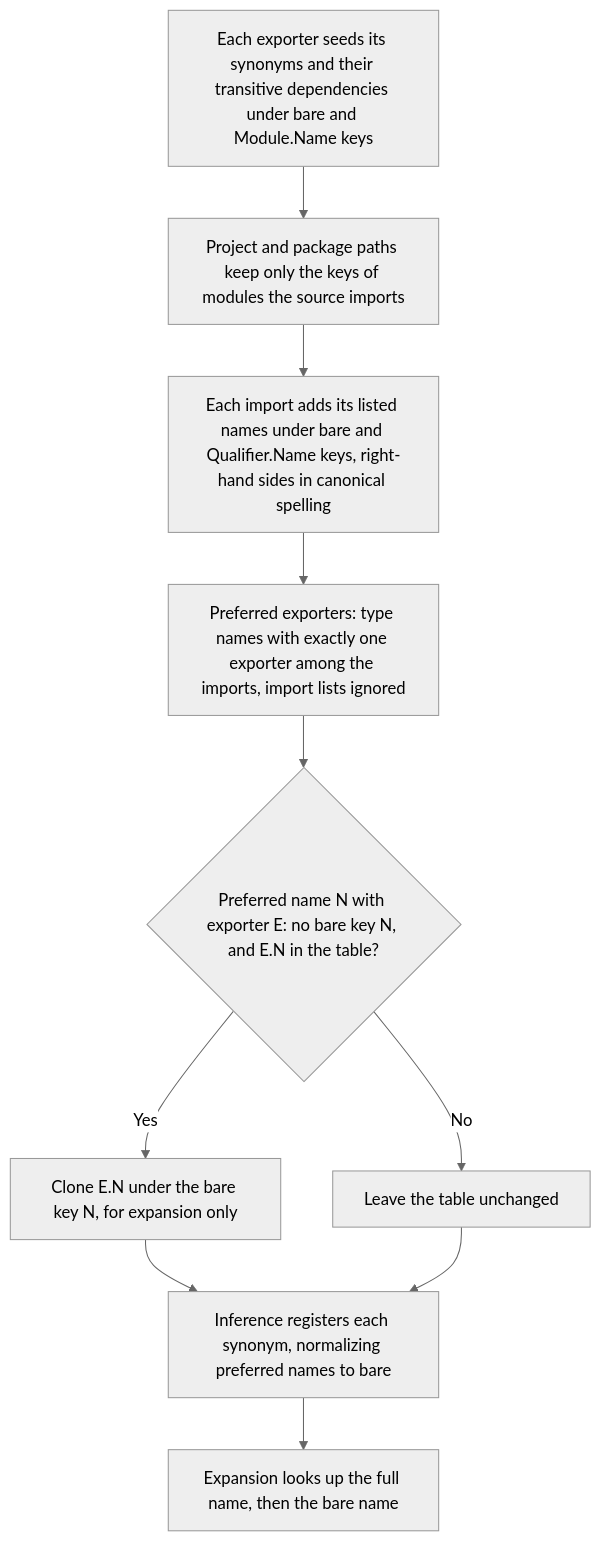
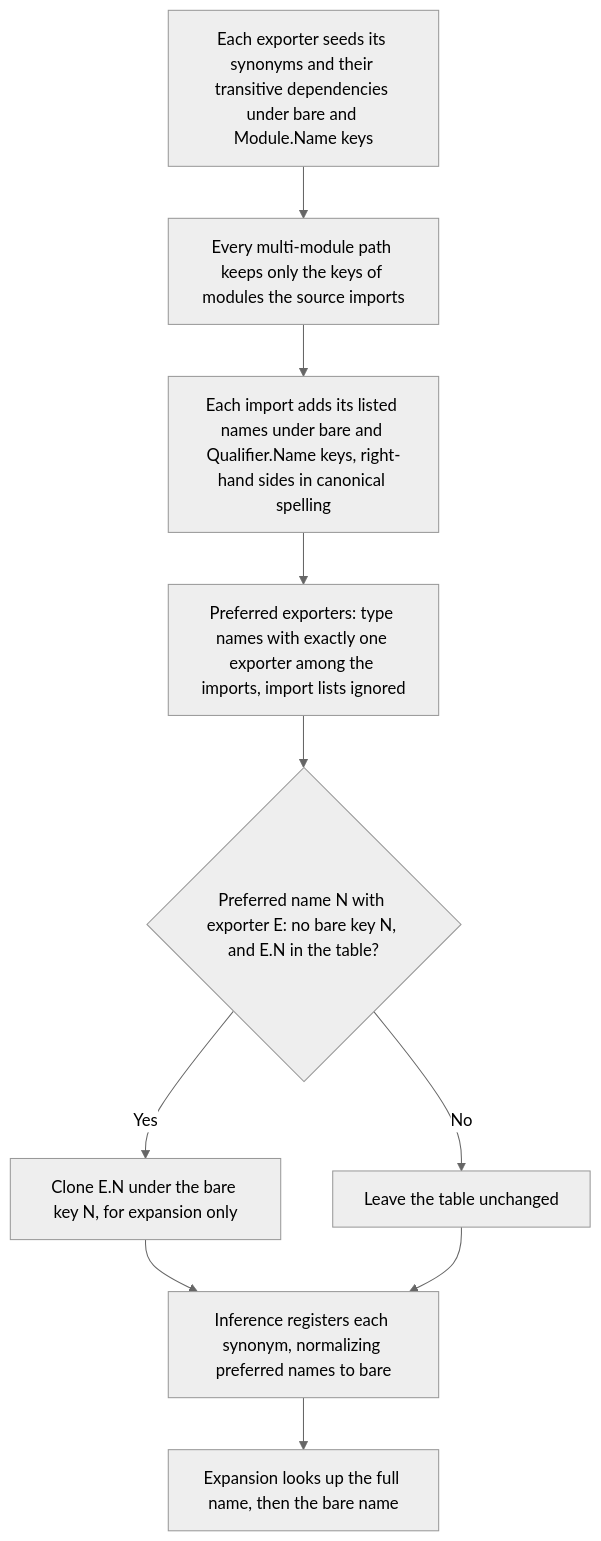
One commit to loveJesus/haskelujah-chirho changed the second of 2 diagrams in spec-chirho/workflows-chirho/compiler-pipeline-chirho/type-scope-resolution-chirho.md. Above: the diagram before and after it, drawn with Mermaid (neutral theme). The commit also changed other lines of this file and 4 other files, not shown here.

````diff
--- a/spec-chirho/workflows-chirho/compiler-pipeline-chirho/type-scope-resolution-chirho.md
+++ b/spec-chirho/workflows-chirho/compiler-pipeline-chirho/type-scope-resolution-chirho.md
@@ -110,12 +110,12 @@
 ```mermaid
 flowchart TD
-    seed_chirho[Each exporter seeds its synonyms and their transitive dependencies under bare and Module.Name keys] --> filter_chirho[Project and package paths keep only the keys of modules the source imports]
+    seed_chirho[Each exporter seeds its synonyms and their transitive dependencies under bare and Module.Name keys] --> filter_chirho[Every multi-module path keeps only the keys of modules the source imports]
     filter_chirho --> merge_chirho[Each import adds its listed names under bare and Qualifier.Name keys, right-hand sides in canonical spelling]
     merge_chirho --> preferred_chirho[Preferred exporters: type names with exactly one exporter among the imports, import lists ignored]
     preferred_chirho --> align_chirho{"Preferred name N with exporter E: no bare key N, and E.N in the table?"}
     align_chirho -->|Yes| bare_chirho[Clone E.N under the bare key N, for expansion only]
     align_chirho -->|No| keep_chirho[Leave the table unchanged]
     bare_chirho --> register_chirho[Inference registers each synonym, normalizing preferred names to bare]
     keep_chirho --> register_chirho
     register_chirho --> expand_chirho[Expansion looks up the full name, then the bare name]
 ```
````
